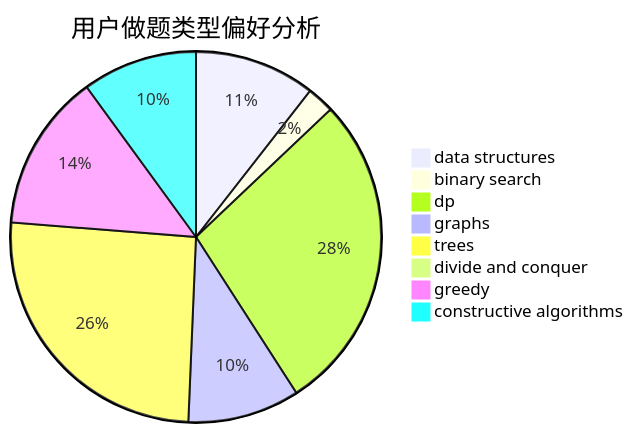
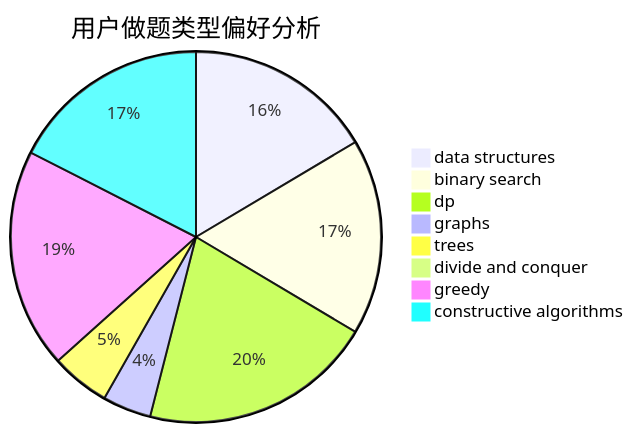
The second of 3 diagrams in docs/user/u1639.md (sherpahu/cfrs.github.io), drawn with Mermaid before and after one commit. The commit also changed other lines of this file and 2770 other files, not shown here.

````diff
--- a/docs/user/u1639.md
+++ b/docs/user/u1639.md
@@ -23,11 +23,11 @@
 ```mermaid
 pie title 用户做题类型偏好分析
-    "data structures" :  40
-    "binary search" :  9
-    "dp" :  106
-    "graphs" :  37
-    "trees" :  97
-    "divide and conquer" :  0
-    "greedy" :  52
-    "constructive algorithms" :  38
+    "data structures" :  128
+    "binary search" :  133
+    "dp" :  159
+    "graphs" :  33
+    "trees" :  40
+    "divide and conquer" :  7
+    "greedy" :  149
+    "constructive algorithms" :  136
 ```
````
